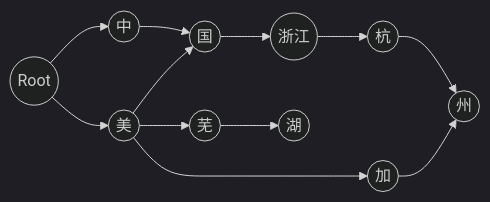
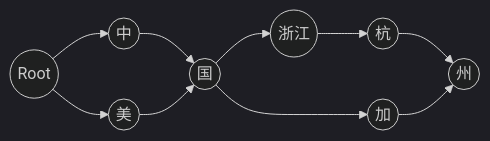
Before and after one commit to istarwyh/MyRoad: the diagram in docs/Vnote/程序员练级之路/技术/database/关系型数据库/MySQL快问快答.md, drawn with Mermaid (dark theme). The commit also changed other lines of this file and 8 other files, not shown here.

````diff
--- a/docs/Vnote/程序员练级之路/技术/database/关系型数据库/MySQL快问快答.md
+++ b/docs/Vnote/程序员练级之路/技术/database/关系型数据库/MySQL快问快答.md
@@ -43,16 +48,15 @@
 ```mermaid
 graph LR
 c1((Root))
 c1 --> z((中))
 z --> g((国))
 g --> zj((浙江))
 zj --> h((杭))
 h --> zhou((州))
 c1 --> m((美))
 m --> g
-m --> wh((芜))
-wh --> h2((湖))
-m --> jz((加))
+g --> jz((加))
 jz --> zhou
 
+
 ```
````
